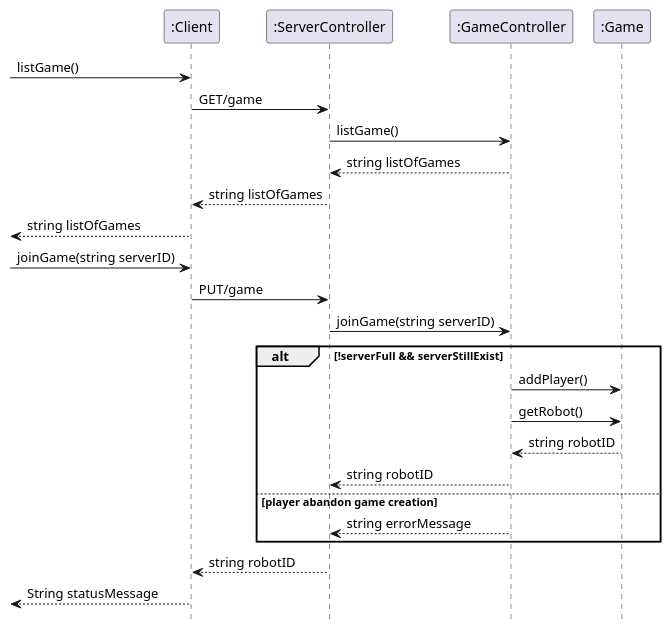
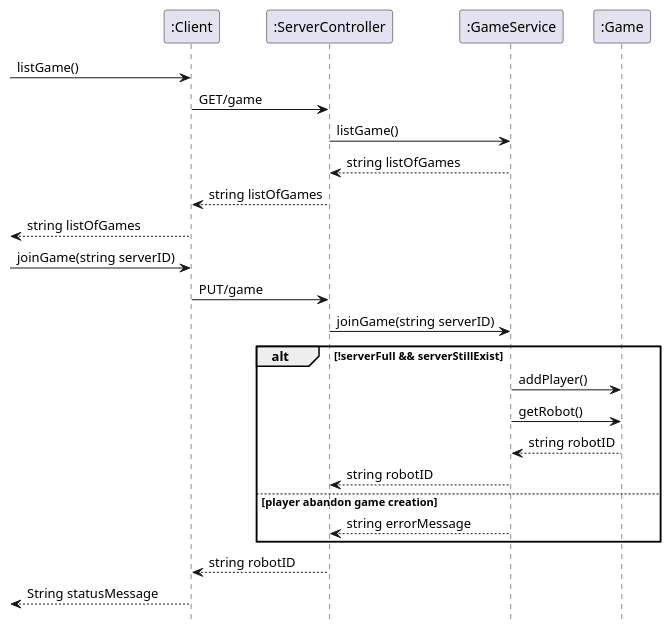
One commit to MikaelFangel/RoboRally changed the diagram in diagrams/Server SSD's/Join_Game.puml. Above: the diagram before and after it, drawn with PlantUML. The commit also changed 4 other files, not shown here.

```diff
--- a/diagrams/Server SSD's/Join_Game.puml
+++ b/diagrams/Server SSD's/Join_Game.puml
@@ -1,31 +1,31 @@
 @startuml
 'https://plantuml.com/sequence-diagram
 
 hide footbox
 
 Participant ":Client" as client
 Participant ":ServerController" as server
-Participant ":GameController" as gameController
+Participant ":GameService" as gameService
 participant ":Game" as game
 
 -> client : listGame()
 client -> server : GET/game
-server -> gameController : listGame()
-server <-- gameController : string listOfGames
+server -> gameService : listGame()
+server <-- gameService : string listOfGames
 client <-- server : string listOfGames
 <-- client : string listOfGames
 -> client : joinGame(string serverID)
 client -> server : PUT/game
-server -> gameController : joinGame(string serverID)
+server -> gameService : joinGame(string serverID)
 alt !serverFull && serverStillExist
-    gameController -> game : addPlayer()
-    gameController -> game : getRobot()
-    gameController <-- game : string robotID
-    server <-- gameController : string robotID
+    gameService -> game : addPlayer()
+    gameService -> game : getRobot()
+    gameService <-- game : string robotID
+    server <-- gameService : string robotID
 else player abandon game creation
-    server <-- gameController : string errorMessage
+    server <-- gameService : string errorMessage
 end
 client <-- server : string robotID
 <-- client: String statusMessage
 
 @enduml
```
